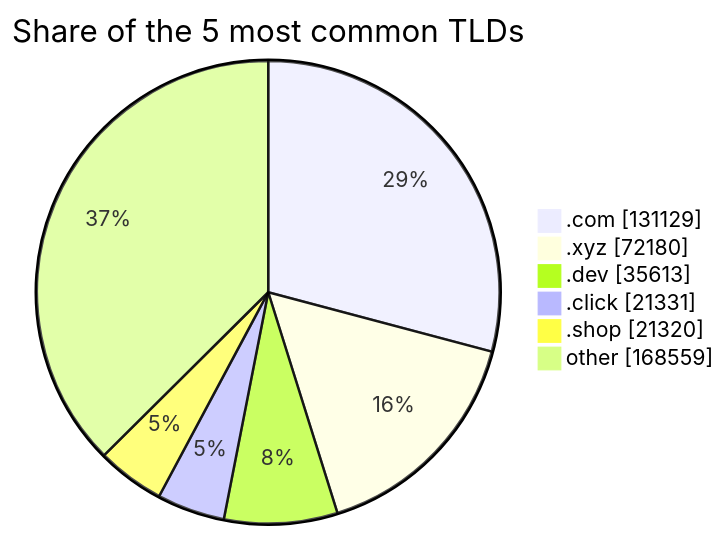
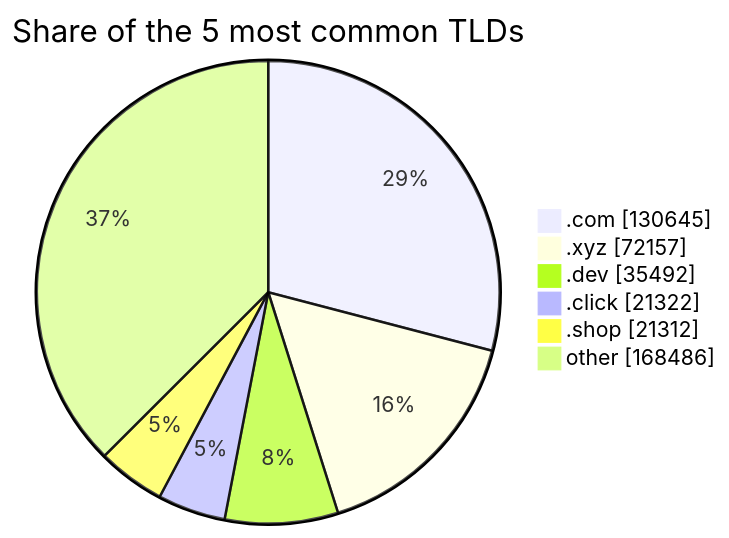
The third of 3 diagrams in README.md (DNSBunker/CTI), drawn with Mermaid before and after one commit. The commit also changed other lines of this file and 3 other files, not shown here.

````diff
--- a/README.md
+++ b/README.md
@@ -81,9 +81,9 @@
 ```mermaid
 pie showData title Share of the 5 most common TLDs
-    ".com" : 131129
-    ".xyz" : 72180
-    ".dev" : 35613
-    ".click" : 21331
-    ".shop" : 21320
-    "other" : 168559
+    ".com" : 130645
+    ".xyz" : 72157
+    ".dev" : 35492
+    ".click" : 21322
+    ".shop" : 21312
+    "other" : 168486
 ```
````
